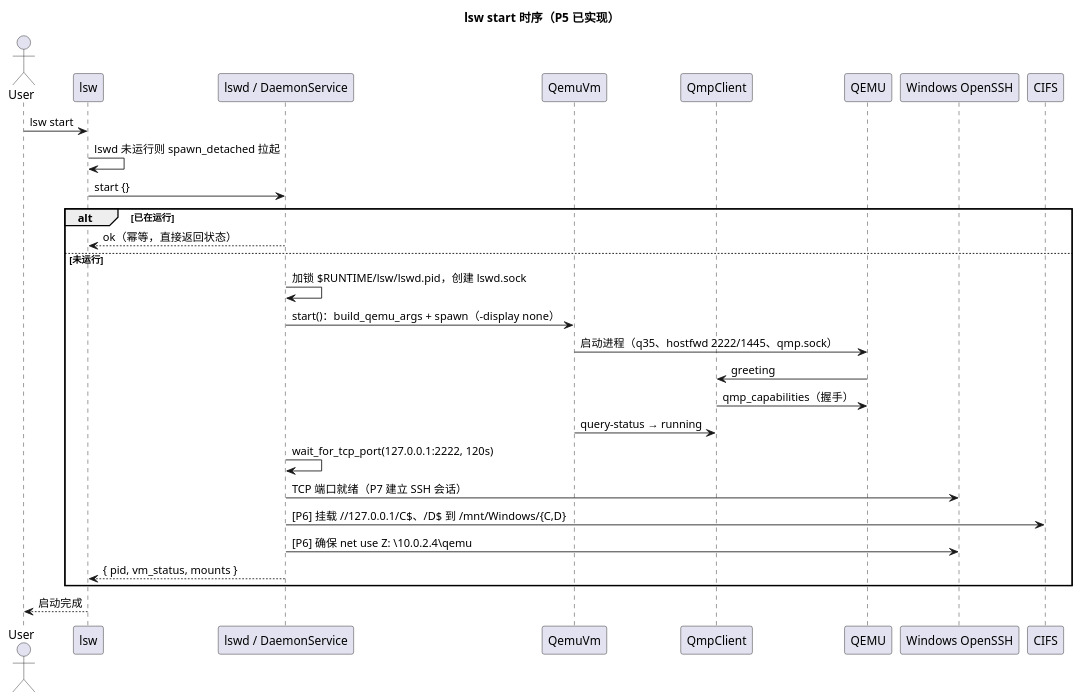
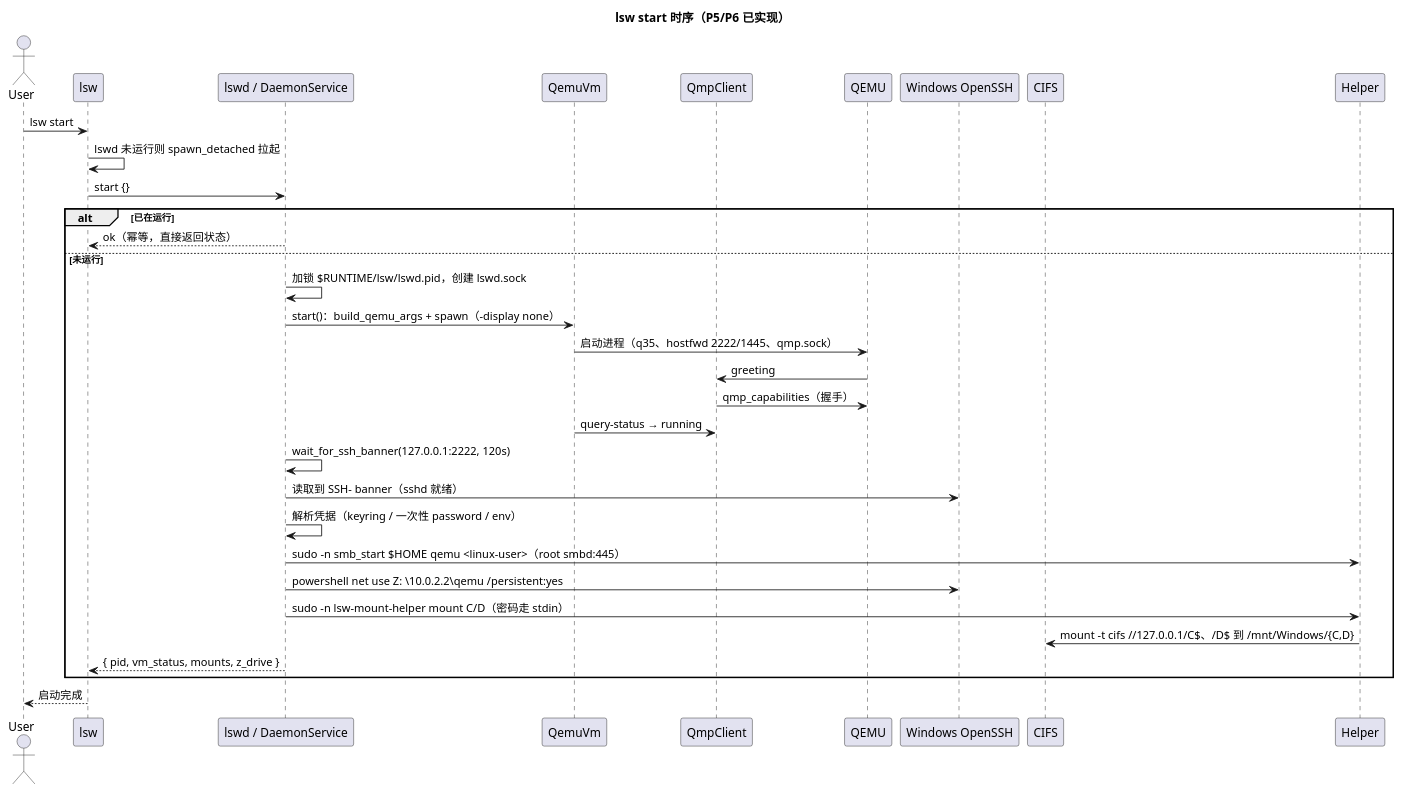
One commit to yunzheyue-star/lsw changed the diagram in docs/diagrams/sequence-start.puml. Above: the diagram before and after it, drawn with PlantUML. The commit also changed 53 other files, not shown here.

```diff
--- a/docs/diagrams/sequence-start.puml
+++ b/docs/diagrams/sequence-start.puml
@@ -1,31 +1,34 @@
 @startuml
-title lsw start 时序（P5 已实现）
+title lsw start 时序（P5/P6 已实现）
 actor User
 participant "lsw" as CLI
 participant "lswd / DaemonService" as Daemon
 participant "QemuVm" as VM
 participant "QmpClient" as QMP
 participant "QEMU" as QEMU
 participant "Windows OpenSSH" as WinSSH
 participant "CIFS" as CIFS
 
 User -> CLI : lsw start
 CLI -> CLI : lswd 未运行则 spawn_detached 拉起
 CLI -> Daemon : start {}
 alt 已在运行
   Daemon --> CLI : ok（幂等，直接返回状态）
 else 未运行
   Daemon -> Daemon : 加锁 $RUNTIME/lsw/lswd.pid，创建 lswd.sock
   Daemon -> VM : start()：build_qemu_args + spawn（-display none）
   VM -> QEMU : 启动进程（q35、hostfwd 2222/1445、qmp.sock）
   QEMU -> QMP : greeting
   QMP -> QEMU : qmp_capabilities（握手）
   VM -> QMP : query-status → running
-  Daemon -> Daemon : wait_for_tcp_port(127.0.0.1:2222, 120s)
-  Daemon -> WinSSH : TCP 端口就绪（P7 建立 SSH 会话）
-  Daemon -> CIFS : [P6] 挂载 //127.0.0.1/C$、/D$ 到 /mnt/Windows/{C,D}
-  Daemon -> WinSSH : [P6] 确保 net use Z: \\10.0.2.4\qemu
-  Daemon --> CLI : { pid, vm_status, mounts }
+  Daemon -> Daemon : wait_for_ssh_banner(127.0.0.1:2222, 120s)
+  Daemon -> WinSSH : 读取到 SSH- banner（sshd 就绪）
+  Daemon -> Daemon : 解析凭据（keyring / 一次性 password / env）
+  Daemon -> Helper : sudo -n smb_start $HOME qemu <linux-user>（root smbd:445）
+  Daemon -> WinSSH : powershell net use Z: \\10.0.2.2\qemu /persistent:yes
+  Daemon -> Helper : sudo -n lsw-mount-helper mount C/D（密码走 stdin）
+  Helper -> CIFS : mount -t cifs //127.0.0.1/C$、/D$ 到 /mnt/Windows/{C,D}
+  Daemon --> CLI : { pid, vm_status, mounts, z_drive }
 end
 CLI --> User : 启动完成
 @enduml
```
